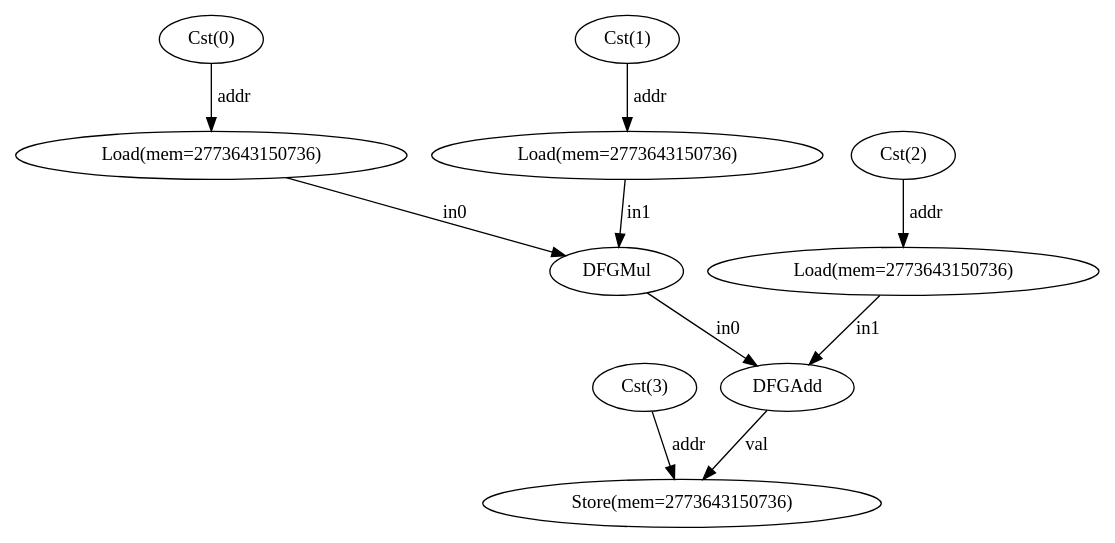
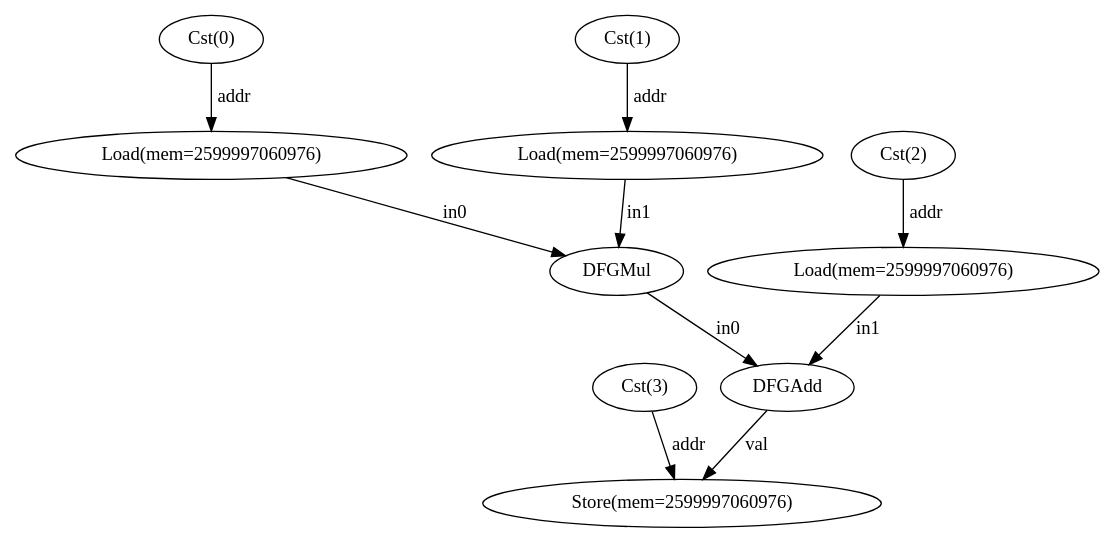
One commit to ma-carrillo/High-level-synthesis-assignment changed the diagram in test00/dfg.dot. Above: the diagram before and after it, drawn with Graphviz. The commit also changed 19 other files, not shown here.

```diff
--- a/test00/dfg.dot
+++ b/test00/dfg.dot
@@ -1,21 +1,21 @@
 digraph "dfg" {
   n0 [label="Cst(3)"];
   n1 [label="Cst(0)"];
-  n2 [label="Load(mem=2773643150736)"];
+  n2 [label="Load(mem=2599997060976)"];
   n3 [label="Cst(1)"];
-  n4 [label="Load(mem=2773643150736)"];
+  n4 [label="Load(mem=2599997060976)"];
   n5 [label="DFGMul"];
   n6 [label="Cst(2)"];
-  n7 [label="Load(mem=2773643150736)"];
+  n7 [label="Load(mem=2599997060976)"];
   n8 [label="DFGAdd"];
-  n9 [label="Store(mem=2773643150736)"];
+  n9 [label="Store(mem=2599997060976)"];
   n0 -> n9 [label="addr"];
   n1 -> n2 [label="addr"];
   n2 -> n5 [label="in0"];
   n3 -> n4 [label="addr"];
   n4 -> n5 [label="in1"];
   n5 -> n8 [label="in0"];
   n6 -> n7 [label="addr"];
   n7 -> n8 [label="in1"];
   n8 -> n9 [label="val"];
 }
```
